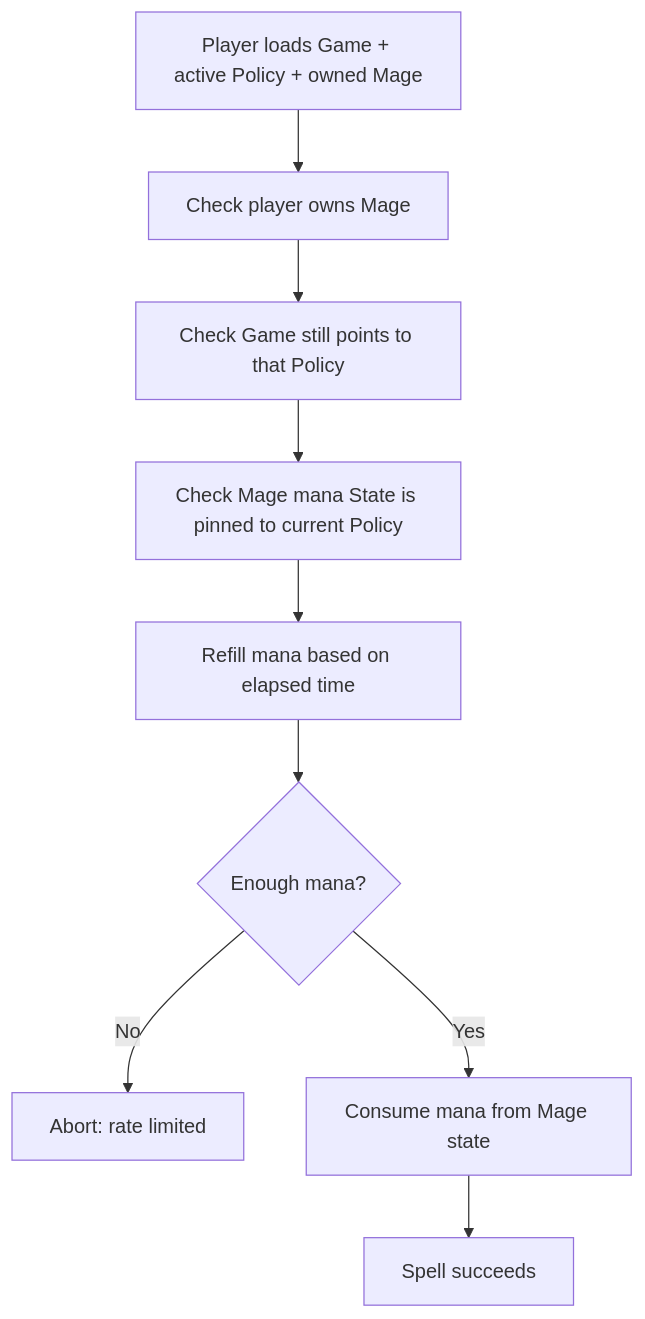
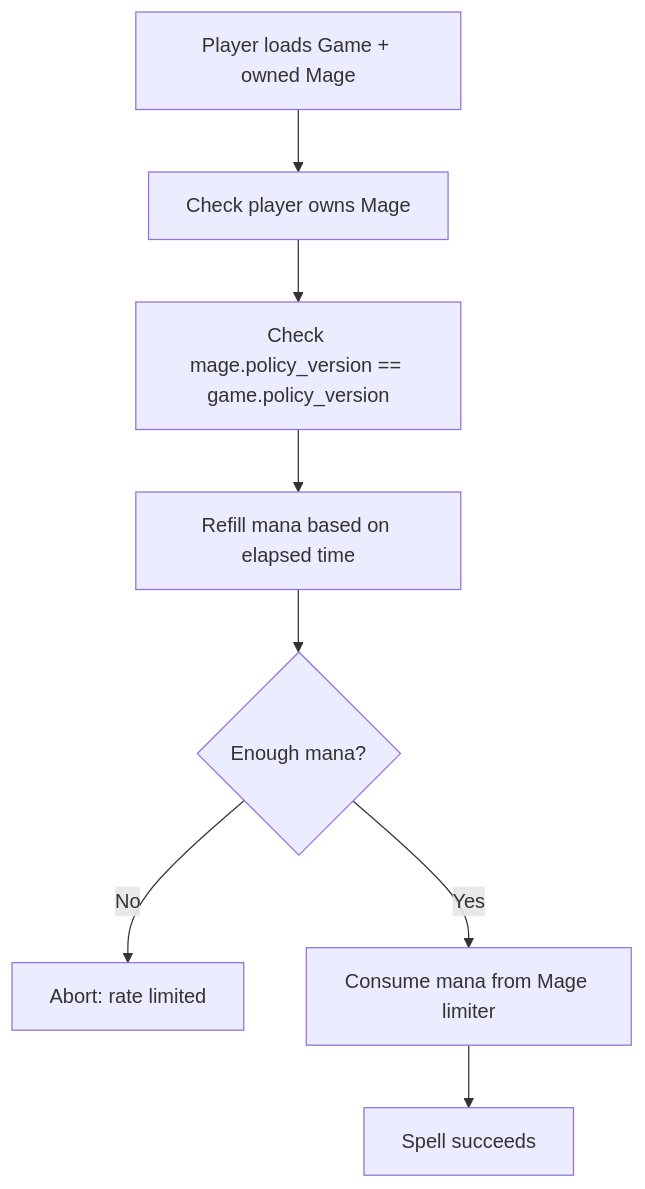
The fifth of 7 diagrams in README.md (0xNeshi/rate-limiter-proposal), drawn with Mermaid before and after one commit. The commit also changed other lines of this file and 7 other files, not shown here.

Commit message:
simplify the design (rate limiter is not an object)

````diff
--- a/README.md
+++ b/README.md
@@ -364,11 +197,10 @@
 ```mermaid
 flowchart TD
-    A[Player loads Game + active Policy + owned Mage] --> B[Check player owns Mage]
-    B --> C[Check Game still points to that Policy]
-    C --> D[Check Mage mana State is pinned to current Policy]
-    D --> E[Refill mana based on elapsed time]
-    E --> F{Enough mana?}
-    F -- No --> G[Abort: rate limited]
-    F -- Yes --> H[Consume mana from Mage state]
-    H --> I[Spell succeeds]
+    A[Player loads Game + owned Mage] --> B[Check player owns Mage]
+    B --> C[Check mage.policy_version == game.policy_version]
+    C --> D[Refill mana based on elapsed time]
+    D --> E{Enough mana?}
+    E -- No --> F[Abort: rate limited]
+    E -- Yes --> G[Consume mana from Mage limiter]
+    G --> H[Spell succeeds]
 ```
````
